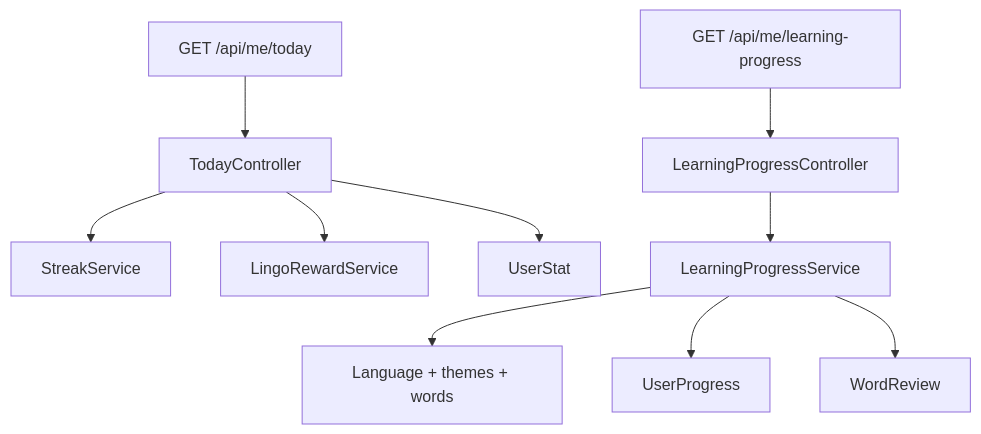
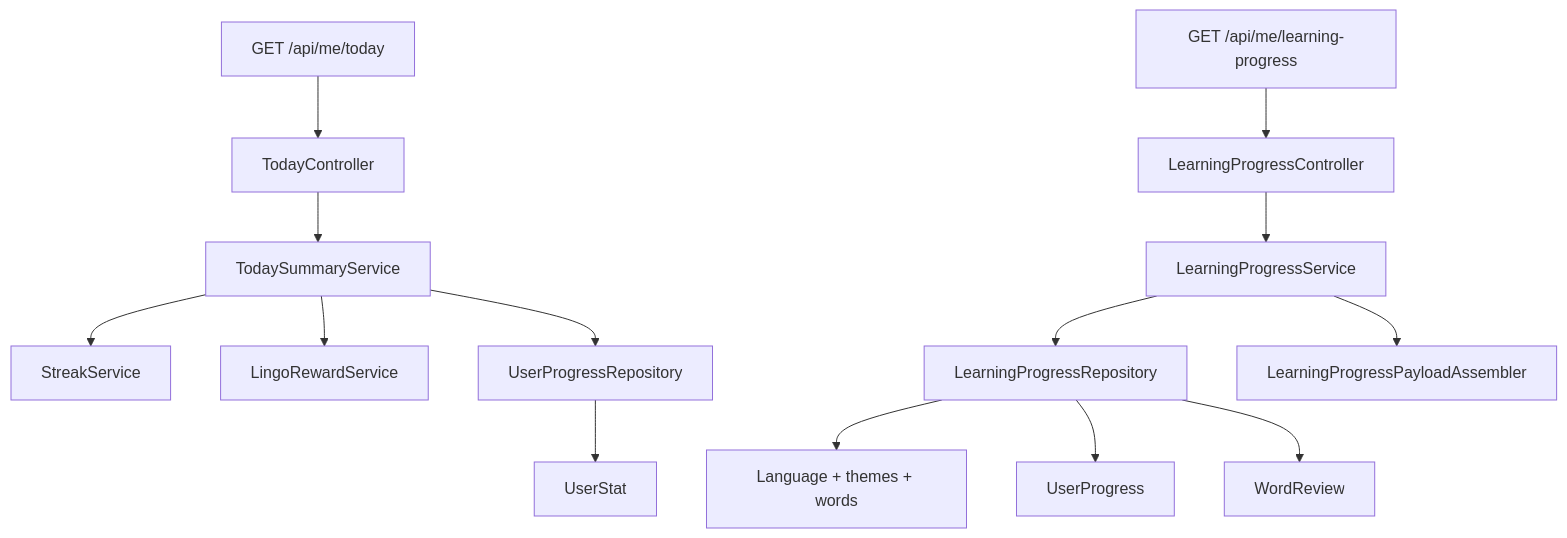
One commit to Adrien75-lab/espaFacil changed the third of 3 diagrams in .claude/skills/linguafacil/references/architecture.md. Above: the diagram before and after it, drawn with Mermaid. The commit also changed other lines of this file and 11 other files, not shown here.

````diff
--- a/.claude/skills/linguafacil/references/architecture.md
+++ b/.claude/skills/linguafacil/references/architecture.md
@@ -141,13 +154,17 @@
 ```mermaid
 flowchart TD
     TodayApi["GET /api/me/today"] --> TodayController["TodayController"]
-    TodayController --> StreakService["StreakService"]
-    TodayController --> LingoService["LingoRewardService"]
-    TodayController --> UserStat["UserStat"]
+    TodayController --> TodayService["TodaySummaryService"]
+    TodayService --> StreakService["StreakService"]
+    TodayService --> LingoService["LingoRewardService"]
+    TodayService --> ProgressRepo["UserProgressRepository"]
+    ProgressRepo --> UserStat["UserStat"]
 
     LearningApi["GET /api/me/learning-progress"] --> LearningController["LearningProgressController"]
     LearningController --> LearningService["LearningProgressService"]
-    LearningService --> Language["Language + themes + words"]
-    LearningService --> UserProgress["UserProgress"]
-    LearningService --> WordReview["WordReview"]
+    LearningService --> LearningRepo["LearningProgressRepository"]
+    LearningService --> LearningAssembler["LearningProgressPayloadAssembler"]
+    LearningRepo --> Language["Language + themes + words"]
+    LearningRepo --> UserProgress["UserProgress"]
+    LearningRepo --> WordReview["WordReview"]
 ```
````
